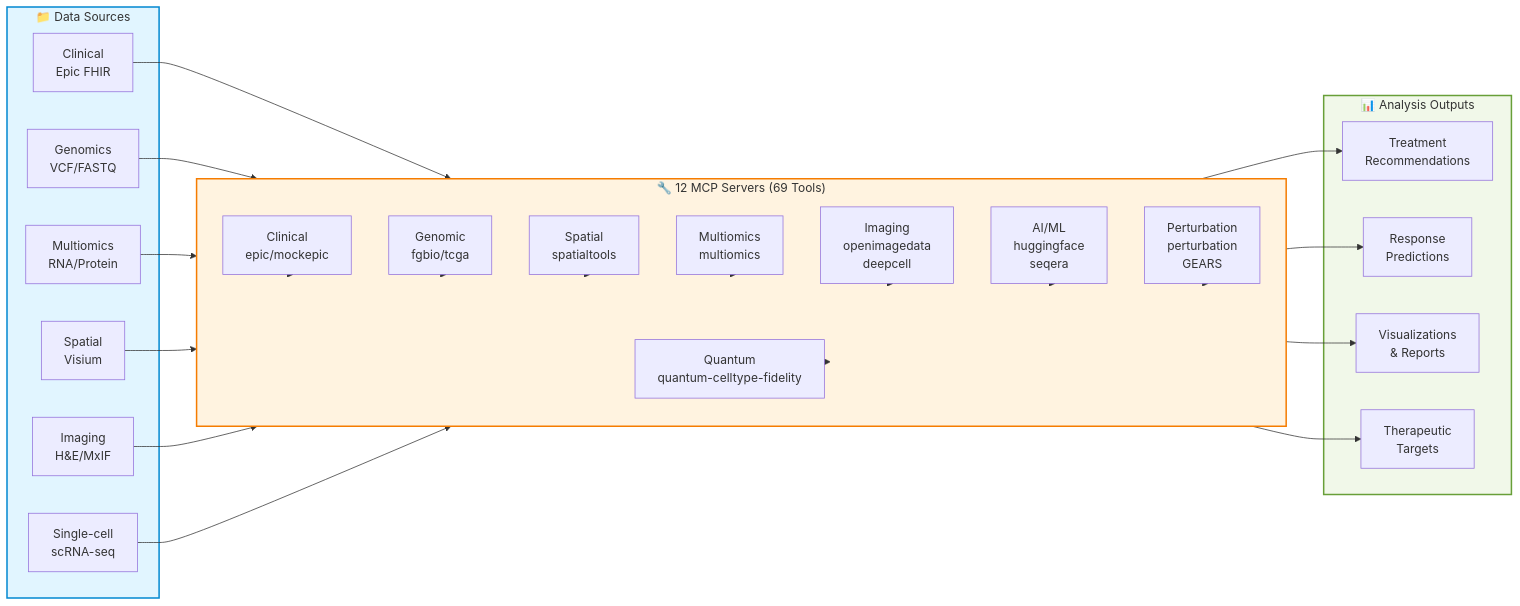
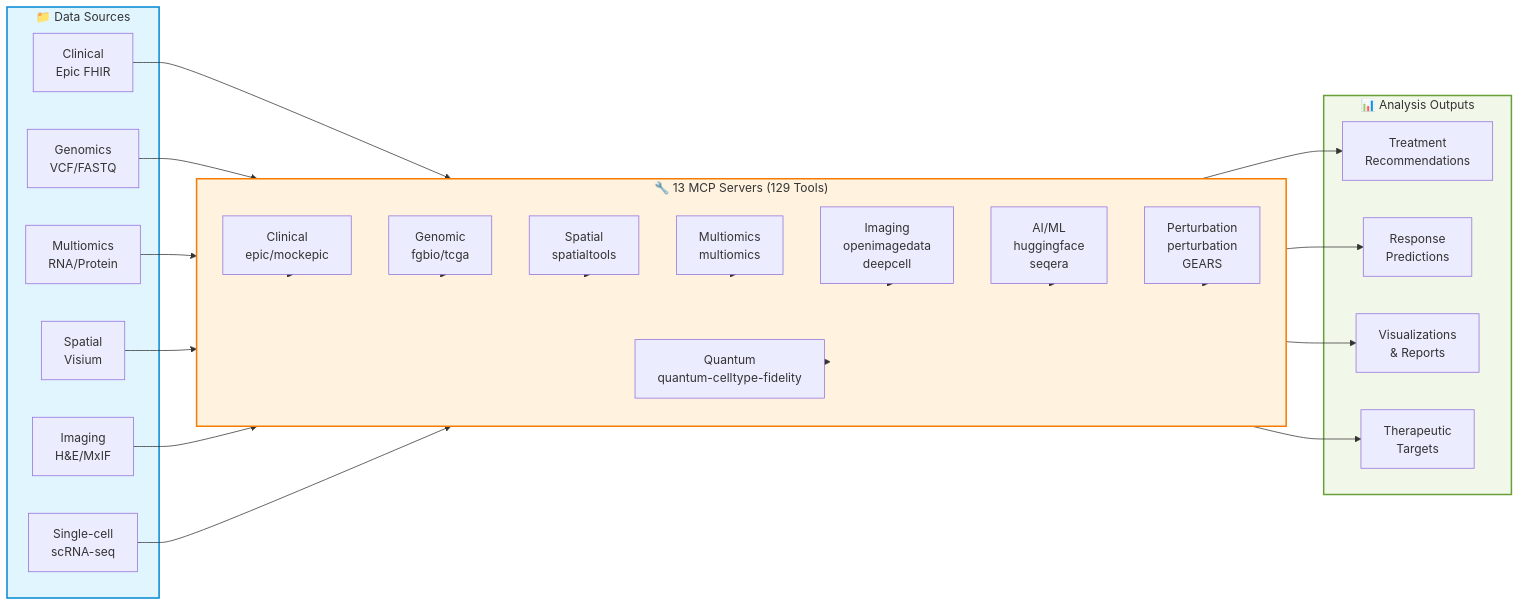
The first of 2 diagrams in docs/reference/architecture/README.md (raymond301/precision-medicine-mcp), drawn with Mermaid before and after one commit. The commit also changed other lines of this file and 22 other files, not shown here.

````diff
--- a/docs/reference/architecture/README.md
+++ b/docs/reference/architecture/README.md
@@ -9,55 +9,55 @@
 ```mermaid
 graph LR
     subgraph Input["📁 Data Sources"]
         EHR[Clinical<br/>Epic FHIR]
         SEQ[Genomics<br/>VCF/FASTQ]
         OMICS[Multiomics<br/>RNA/Protein]
         SPATIAL[Spatial<br/>Visium]
         IMG[Imaging<br/>H&E/MxIF]
         SCRNA[Single-cell<br/>scRNA-seq]
     end
 
-    subgraph MCP["🔧 12 MCP Servers (69 Tools)"]
+    subgraph MCP["🔧 13 MCP Servers (129 Tools)"]
         direction TB
         S1[Clinical<br/>epic/mockepic]
         S2[Genomic<br/>fgbio/tcga]
         S3[Spatial<br/>spatialtools]
         S4[Multiomics<br/>multiomics]
         S5[Imaging<br/>openimagedata<br/>deepcell]
         S6[AI/ML<br/>huggingface<br/>seqera]
         S7[Perturbation<br/>perturbation<br/>GEARS]
         S8[Quantum<br/>quantum-celltype-fidelity]
     end
 
     subgraph Output["📊 Analysis Outputs"]
         TREAT[Treatment<br/>Recommendations]
         PREDICT[Response<br/>Predictions]
         VIZ[Visualizations<br/>& Reports]
         INSIGHTS[Therapeutic<br/>Targets]
     end
 
     EHR --> S1
     SEQ --> S2
     OMICS --> S4
     SPATIAL --> S3
     IMG --> S5
     SCRNA --> S7
 
     S1 --> MCP
     S2 --> MCP
     S3 --> MCP
     S4 --> MCP
     S5 --> MCP
     S6 --> MCP
     S7 --> MCP
     S8 --> MCP
 
     MCP --> TREAT
     MCP --> PREDICT
     MCP --> VIZ
     MCP --> INSIGHTS
 
     style Input fill:#e1f5ff,stroke:#0288d1,stroke-width:2px
     style MCP fill:#fff3e0,stroke:#f57c00,stroke-width:2px
     style Output fill:#f1f8e9,stroke:#689f38,stroke-width:2px
 ```
````
